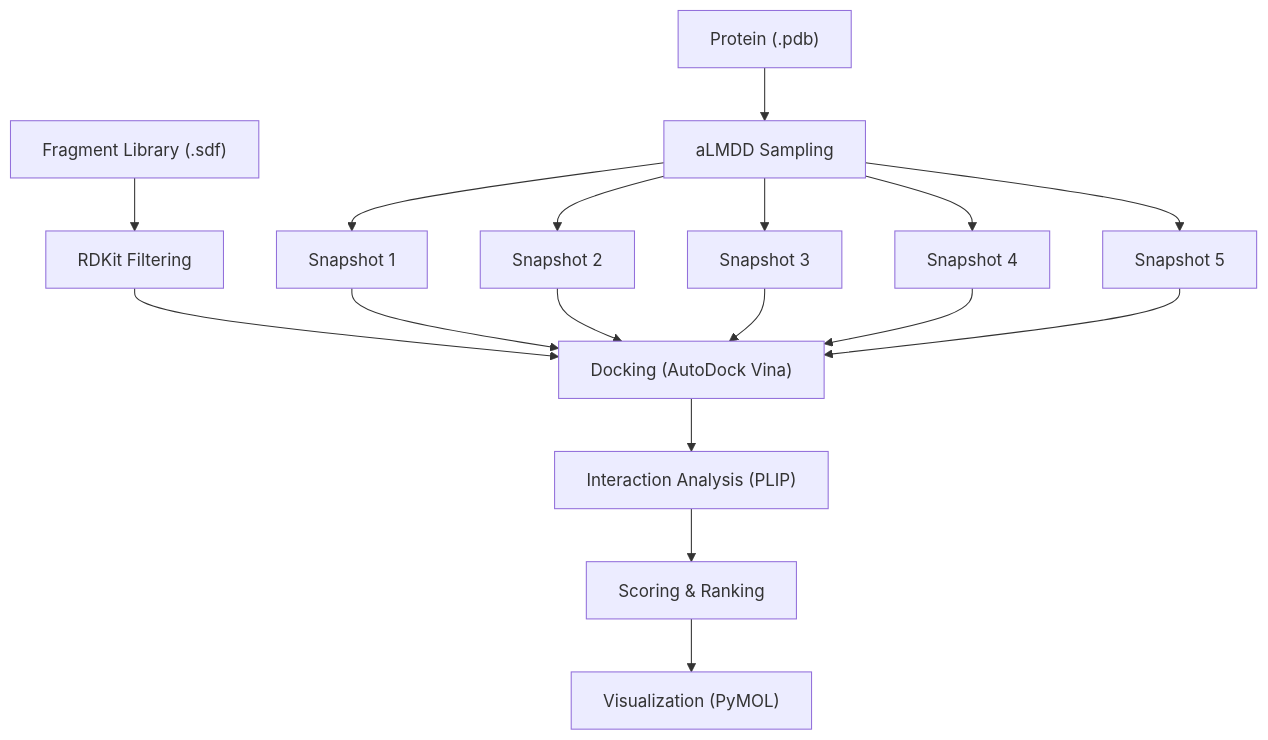
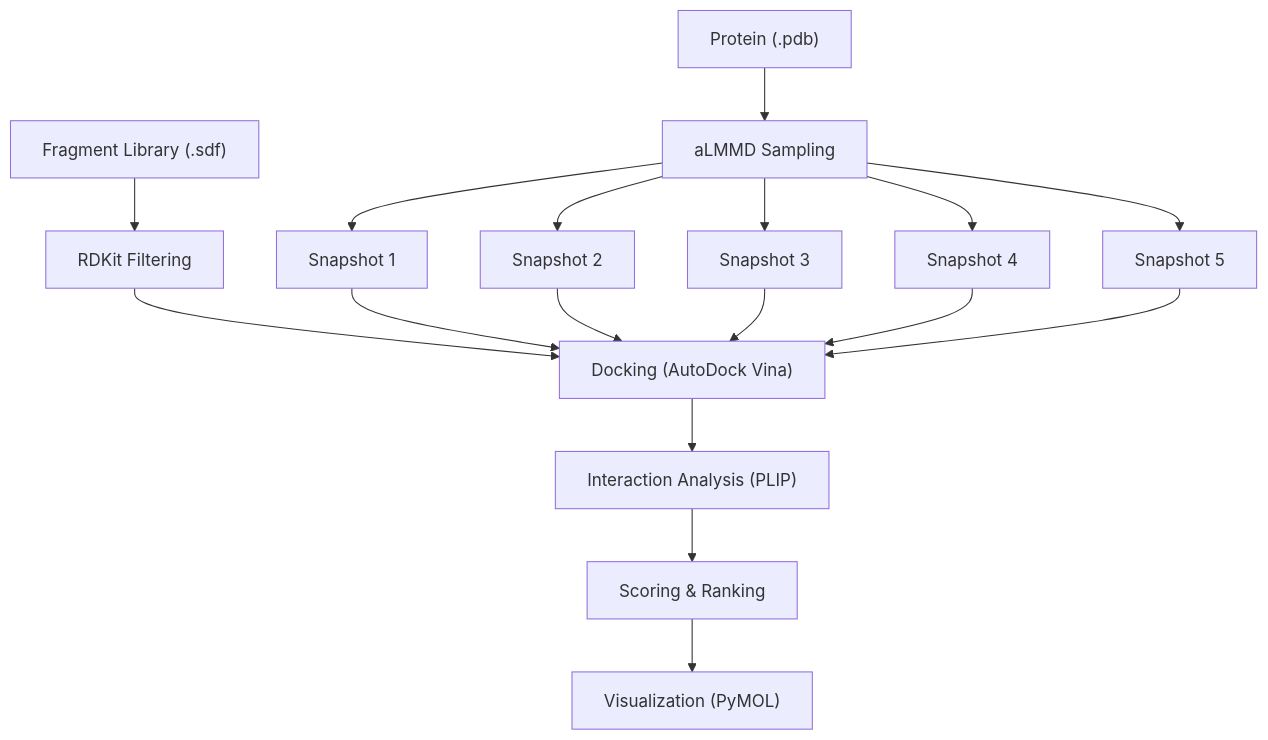
One commit to marcuswangweihow/FBDD changed the diagram in README.md. Above: the diagram before and after it, drawn with Mermaid. The commit also changed other lines of this file, not shown here.

````diff
--- a/README.md
+++ b/README.md
@@ -11,21 +11,21 @@
 ```mermaid
 flowchart TD
     A["Fragment Library (.sdf)"] --> B["RDKit Filtering"]
-    P["Protein (.pdb)"] --> Q["aLMDD Sampling"]
+    P["Protein (.pdb)"] --> Q["aLMMD Sampling"]
     Q --> Q1["Snapshot 1"]
     Q --> Q2["Snapshot 2"]
     Q --> Q3["Snapshot 3"]
     Q --> Q4["Snapshot 4"]
     Q --> Q5["Snapshot 5"]
 
     B --> C["Docking (AutoDock Vina)"]
     Q1 --> C
     Q2 --> C
     Q3 --> C
     Q4 --> C
     Q5 --> C
 
     C --> D["Interaction Analysis (PLIP)"]
     D --> E["Scoring & Ranking"]
     E --> F["Visualization (PyMOL)"]
 ```
````
